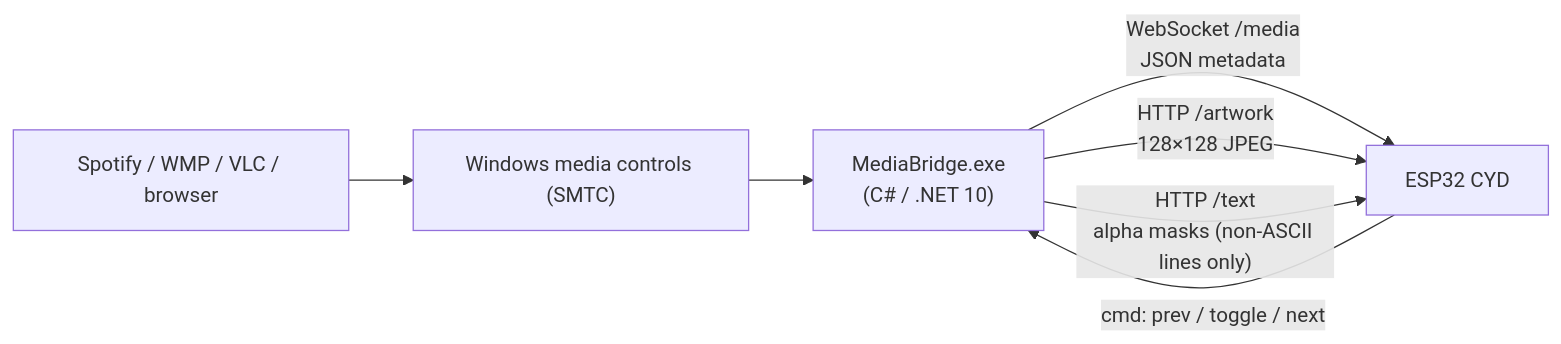
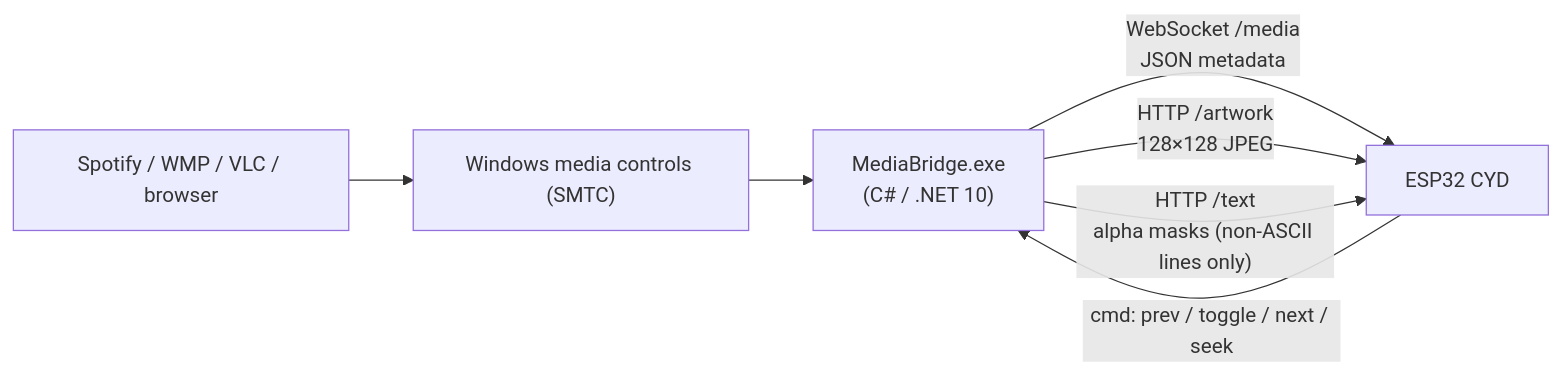
One commit to tabyrocket/cyd-media-controller changed the diagram in README.md. Above: the diagram before and after it, drawn with Mermaid. The commit also changed other lines of this file and 2 other files, not shown here.

First line of the commit message:
feat: added seek functionality

````diff
--- a/README.md
+++ b/README.md
@@ -70,9 +71,9 @@
 ```mermaid
 flowchart LR
     A["Spotify / WMP / VLC / browser"] --> B["Windows media controls (SMTC)"]
     B --> C["MediaBridge.exe<br/>(C# / .NET 10)"]
     C -- "WebSocket /media<br/>JSON metadata" --> D["ESP32 CYD"]
     C -- "HTTP /artwork<br/>128×128 JPEG" --> D
     C -- "HTTP /text<br/>alpha masks (non-ASCII lines only)" --> D
-    D -- "cmd: prev / toggle / next" --> C
+    D -- "cmd: prev / toggle / next / seek" --> C
 ```
````
